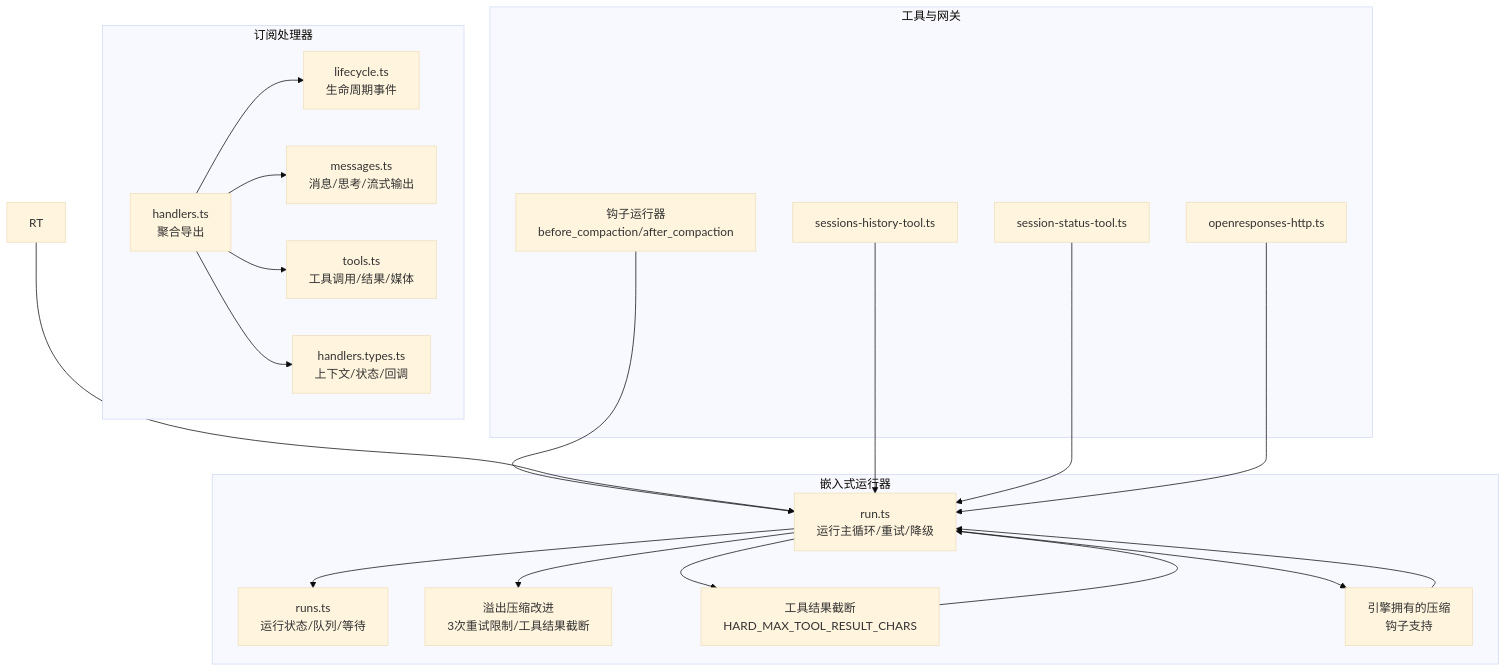
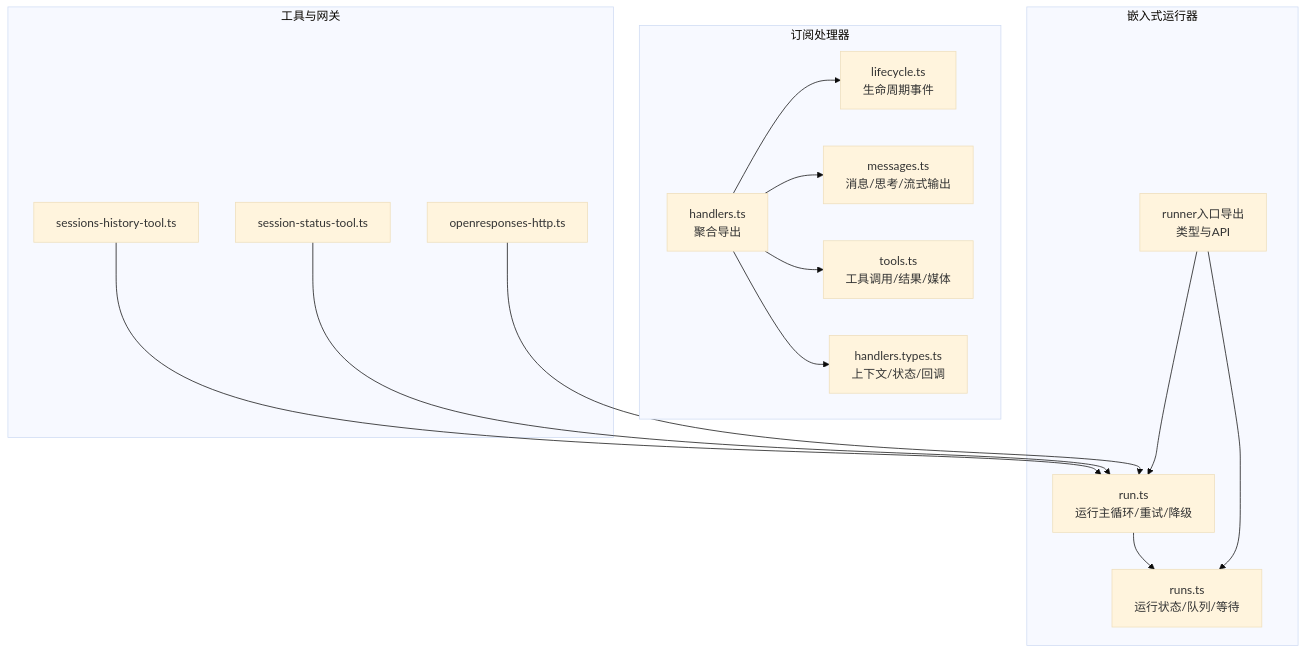
The first of 5 diagrams in .qoder/repowiki/zh/content/代理系统/Pi Agent运行时.md (openclaw/openclaw), drawn with Mermaid (base theme) before and after one commit. The commit also changed other lines of this file and 1 other file, not shown here.

````diff
--- a/.qoder/repowiki/zh/content/代理系统/Pi Agent运行时.md
+++ b/.qoder/repowiki/zh/content/代理系统/Pi Agent运行时.md
@@ -46,38 +43,30 @@
 ```mermaid
 graph TB
 subgraph "嵌入式运行器"
 R["run.ts<br/>运行主循环/重试/降级"]
 RS["runs.ts<br/>运行状态/队列/等待"]
-RTC["溢出压缩改进<br/>3次重试限制/工具结果截断"]
-TRT["工具结果截断<br/>HARD_MAX_TOOL_RESULT_CHARS"]
-END["引擎拥有的压缩<br/>钩子支持"]
+RT["runner入口导出<br/>类型与API"]
 end
 subgraph "订阅处理器"
 H["handlers.ts<br/>聚合导出"]
 HL["lifecycle.ts<br/>生命周期事件"]
 HM["messages.ts<br/>消息/思考/流式输出"]
 HT["tools.ts<br/>工具调用/结果/媒体"]
 T["handlers.types.ts<br/>上下文/状态/回调"]
 end
 subgraph "工具与网关"
 SH["sessions-history-tool.ts"]
 SS["session-status-tool.ts"]
 OR["openresponses-http.ts"]
-HR["钩子运行器<br/>before_compaction/after_compaction"]
 end
 R --> RS
-R --> RTC
-R --> TRT
-R --> END
-HR --> R
 RT --> R
-TRT --> R
-END --> R
+RT --> RS
 H --> HL
 H --> HM
 H --> HT
 H --> T
 SH --> R
 SS --> R
 OR --> R
 ```
````
